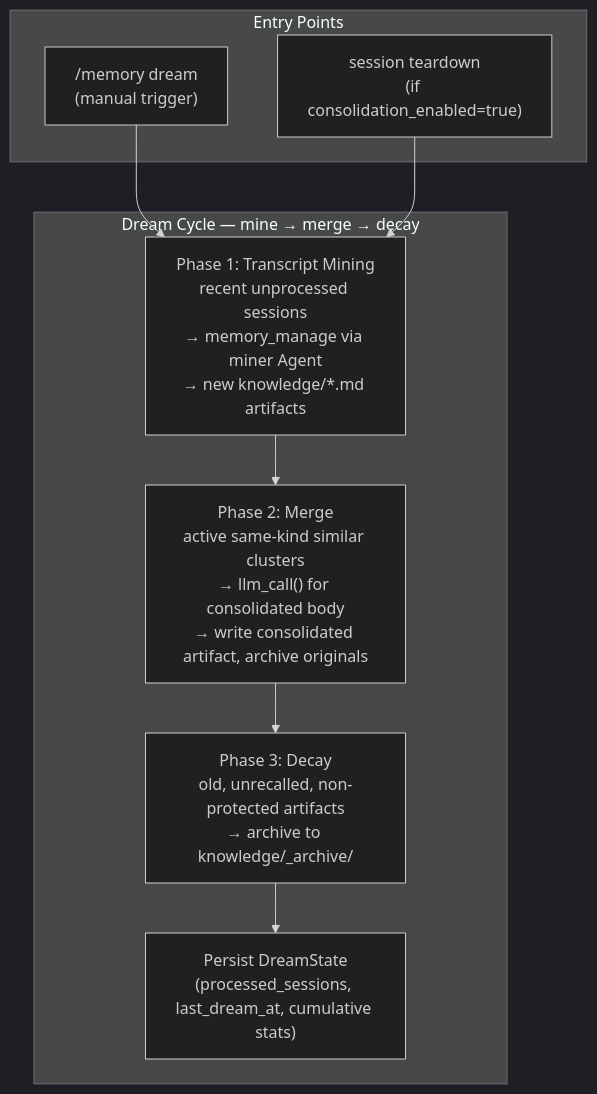
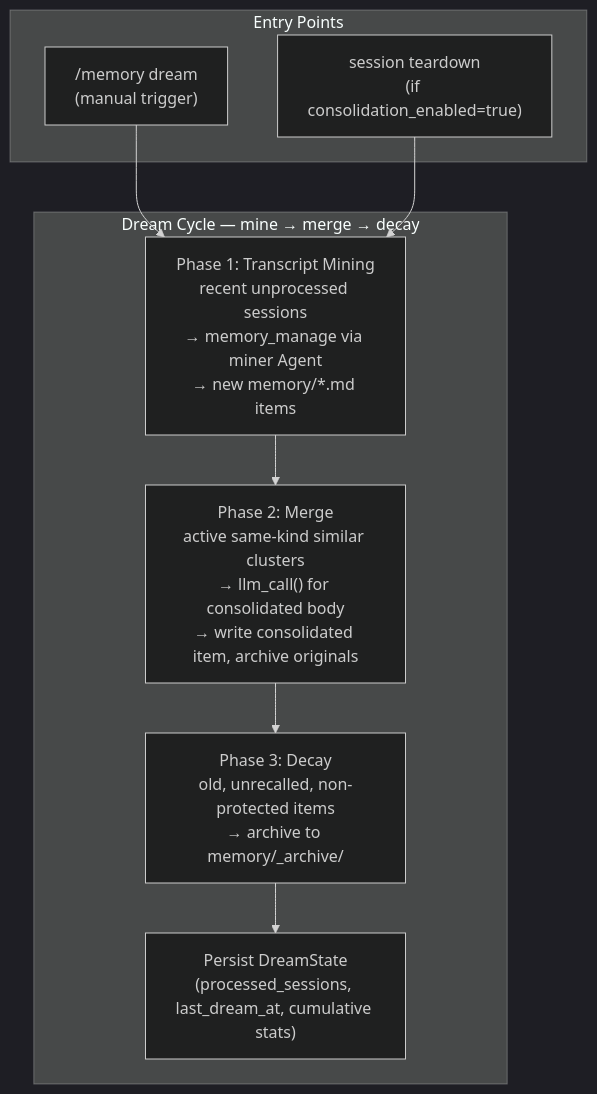
Before and after one commit to binlecode/co-cli: the diagram in docs/specs/dream.md, drawn with Mermaid (dark theme). The commit also changed other lines of this file and 47 other files, not shown here.

First line of the commit message:
feat: v0.8.218 — MemoryArtifact → MemoryItem rename + noreason temperature=0

````diff
--- a/docs/specs/dream.md
+++ b/docs/specs/dream.md
@@ -18,20 +18,20 @@
 ```mermaid
 flowchart TD
     subgraph Entry["Entry Points"]
         Manual["/memory dream\n(manual trigger)"]
         Auto["session teardown\n(if consolidation_enabled=true)"]
     end
 
     subgraph Cycle["Dream Cycle — mine → merge → decay"]
-        Mine["Phase 1: Transcript Mining\nrecent unprocessed sessions\n→ memory_manage via miner Agent\n→ new knowledge/*.md artifacts"]
-        Merge["Phase 2: Merge\nactive same-kind similar clusters\n→ llm_call() for consolidated body\n→ write consolidated artifact, archive originals"]
-        Decay["Phase 3: Decay\nold, unrecalled, non-protected artifacts\n→ archive to knowledge/_archive/"]
+        Mine["Phase 1: Transcript Mining\nrecent unprocessed sessions\n→ memory_manage via miner Agent\n→ new memory/*.md items"]
+        Merge["Phase 2: Merge\nactive same-kind similar clusters\n→ llm_call() for consolidated body\n→ write consolidated item, archive originals"]
+        Decay["Phase 3: Decay\nold, unrecalled, non-protected items\n→ archive to memory/_archive/"]
         State["Persist DreamState\n(processed_sessions, last_dream_at, cumulative stats)"]
     end
 
     Manual --> Mine
     Auto --> Mine
     Mine --> Merge
     Merge --> Decay
     Decay --> State
 ```
````
